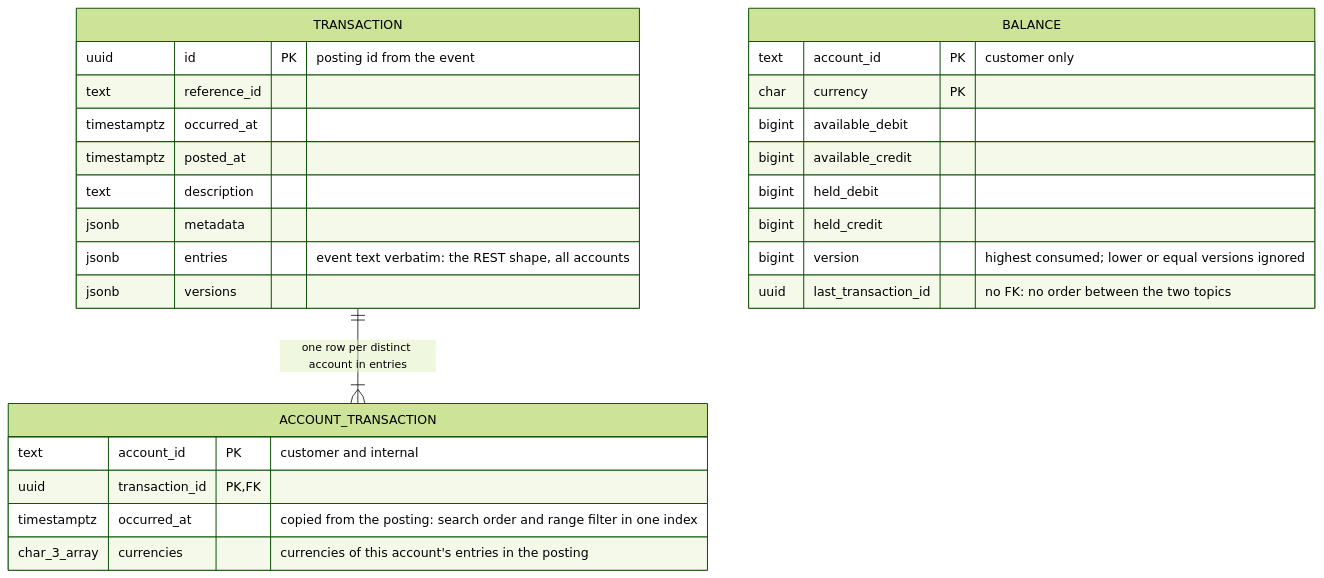
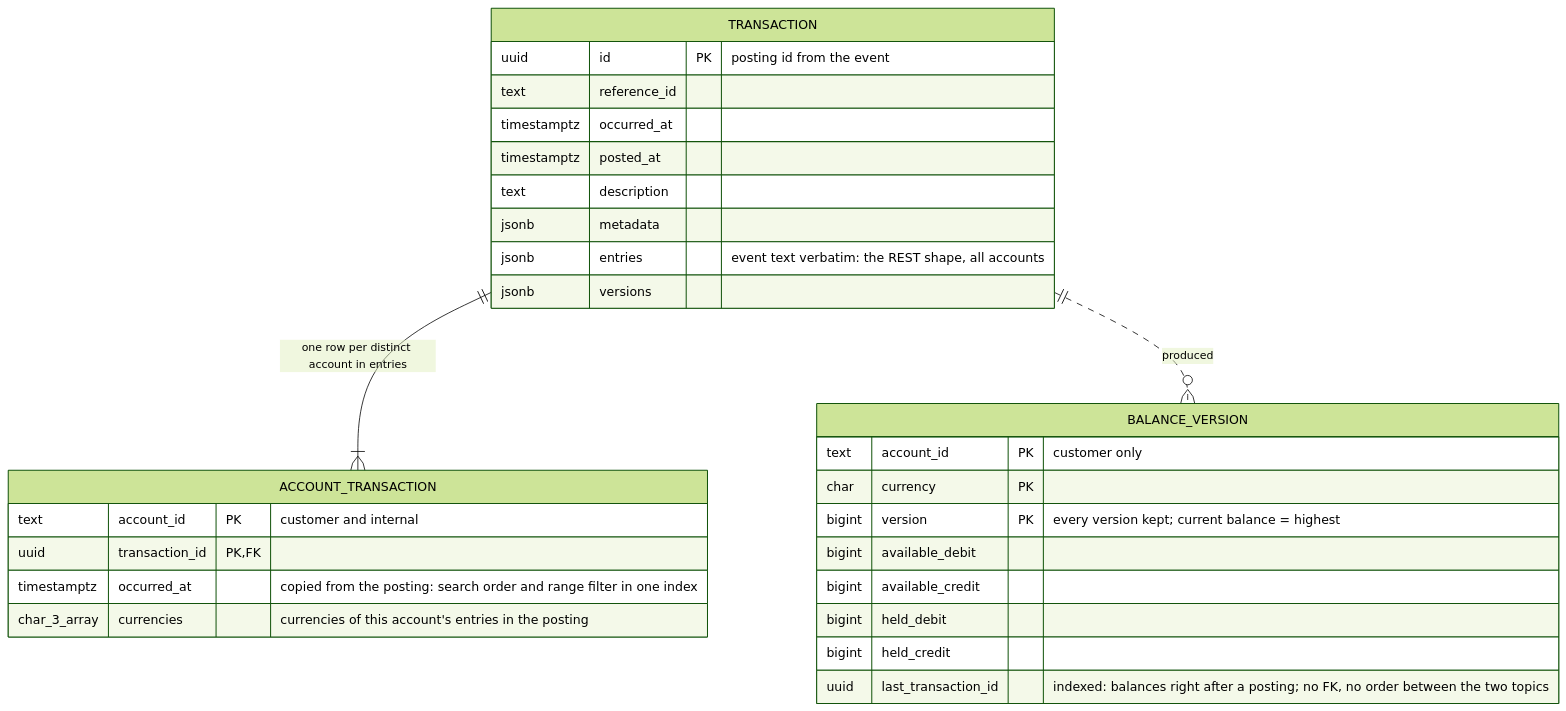
The third of 5 diagrams in openspec/changes/add-query-transaction-search/design.md (apulbere/ledger), drawn with Mermaid (forest theme) before and after one commit. The commit also changed other lines of this file and 50 other files, not shown here.

````diff
--- a/openspec/changes/add-query-transaction-search/design.md
+++ b/openspec/changes/add-query-transaction-search/design.md
@@ -78,30 +78,31 @@
 ```mermaid
 erDiagram
     TRANSACTION {
         uuid id PK "posting id from the event"
         text reference_id
         timestamptz occurred_at
         timestamptz posted_at
         text description
         jsonb metadata
         jsonb entries "event text verbatim: the REST shape, all accounts"
         jsonb versions
     }
     ACCOUNT_TRANSACTION {
         text account_id PK "customer and internal"
         uuid transaction_id PK,FK
         timestamptz occurred_at "copied from the posting: search order and range filter in one index"
         char_3_array currencies "currencies of this account's entries in the posting"
     }
-    BALANCE {
+    BALANCE_VERSION {
         text account_id PK "customer only"
         char currency PK
+        bigint version PK "every version kept; current balance = highest"
         bigint available_debit
         bigint available_credit
         bigint held_debit
         bigint held_credit
-        bigint version "highest consumed; lower or equal versions ignored"
-        uuid last_transaction_id "no FK: no order between the two topics"
+        uuid last_transaction_id "indexed: balances right after a posting; no FK, no order between the two topics"
     }
     TRANSACTION ||--|{ ACCOUNT_TRANSACTION : "one row per distinct account in entries"
+    TRANSACTION ||..o{ BALANCE_VERSION : "produced"
 ```
````
